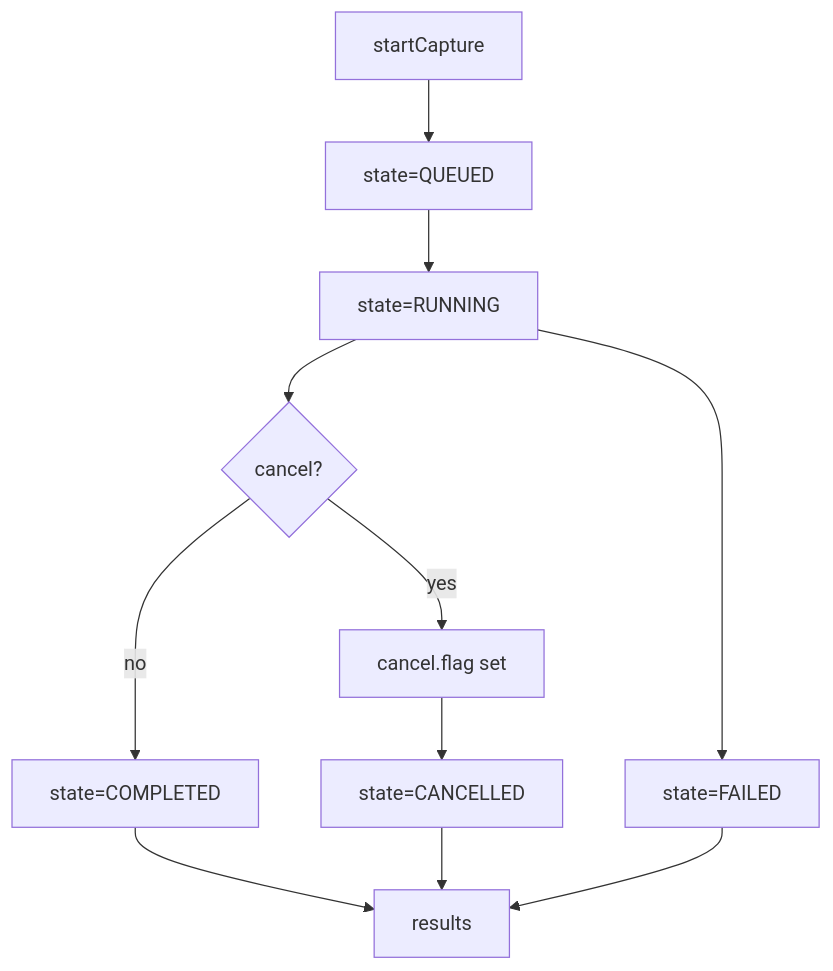
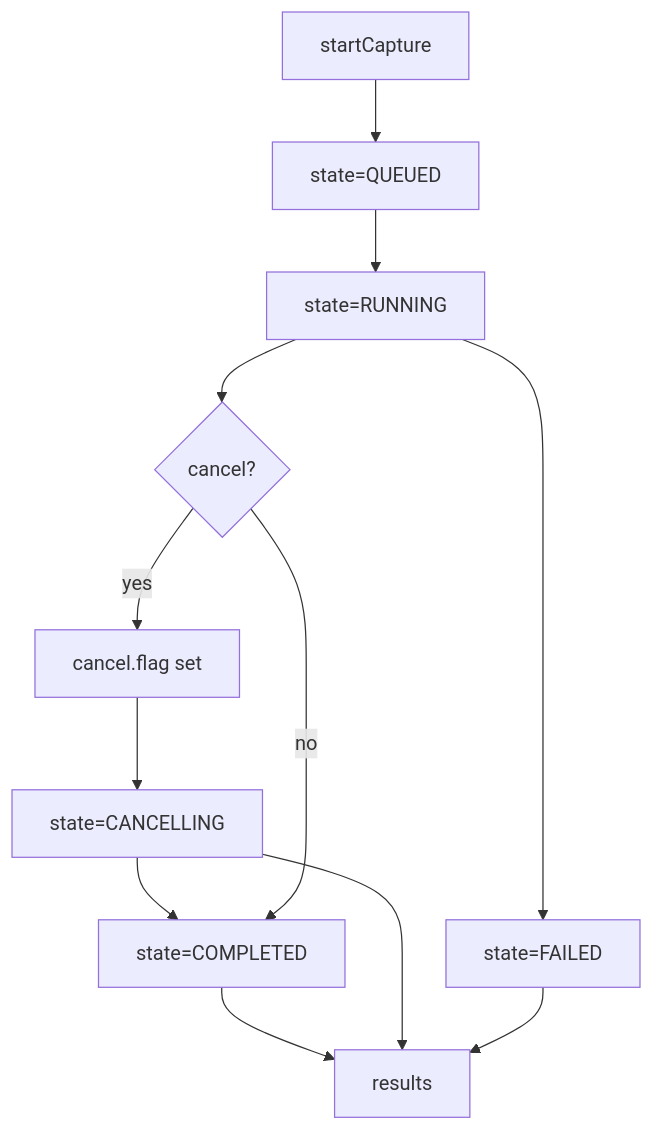
Before and after one commit to PyPNMApps/PyPNM-CMTS: the diagram in docs/api/fast-api/pnm-rxmer.md, drawn with Mermaid. The commit also changed other lines of this file and 20 other files, not shown here.

````diff
--- a/docs/api/fast-api/pnm-rxmer.md
+++ b/docs/api/fast-api/pnm-rxmer.md
@@ -10,13 +10,14 @@
 ```mermaid
 flowchart TD
     A[startCapture] --> B[state=QUEUED]
     B --> C[state=RUNNING]
     C --> D{cancel?}
     D -->|yes| E[cancel.flag set]
-    E --> F[state=CANCELLED]
+    E --> F[state=CANCELLING]
+    F --> G[state=CANCELLED]
     D -->|no| G[state=COMPLETED]
     C --> H[state=FAILED]
     G --> I[results]
     F --> I
     H --> I
 ```
````
